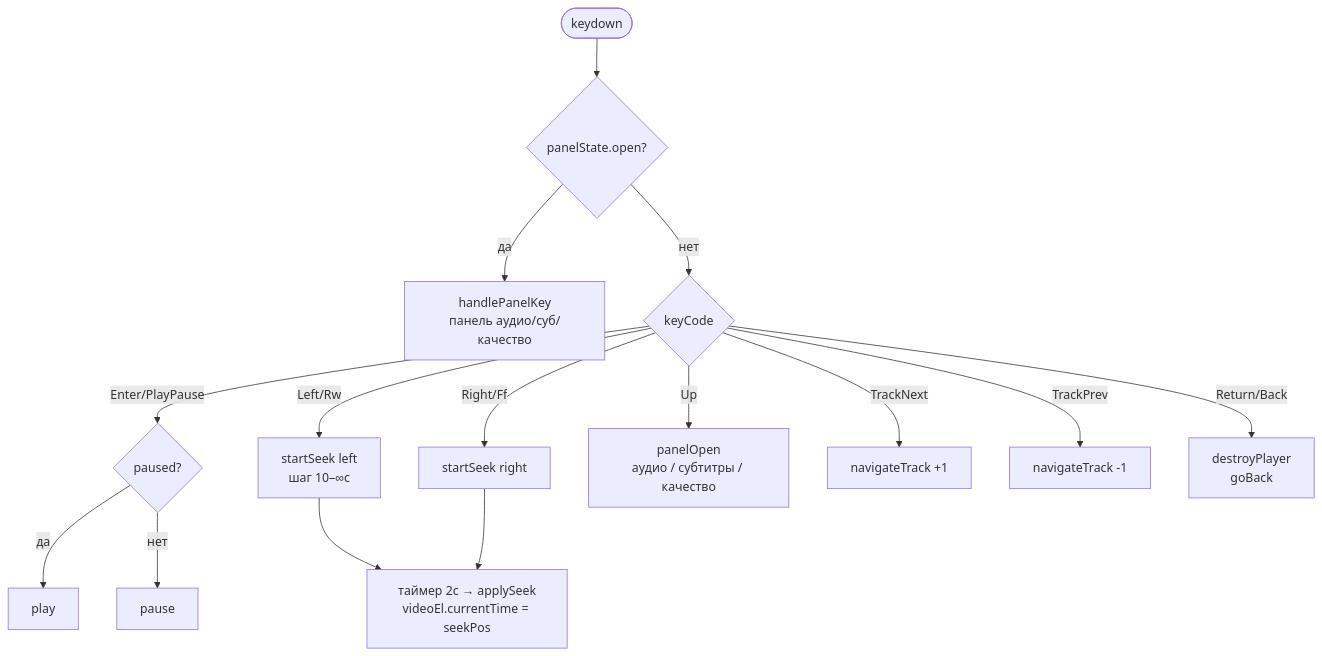
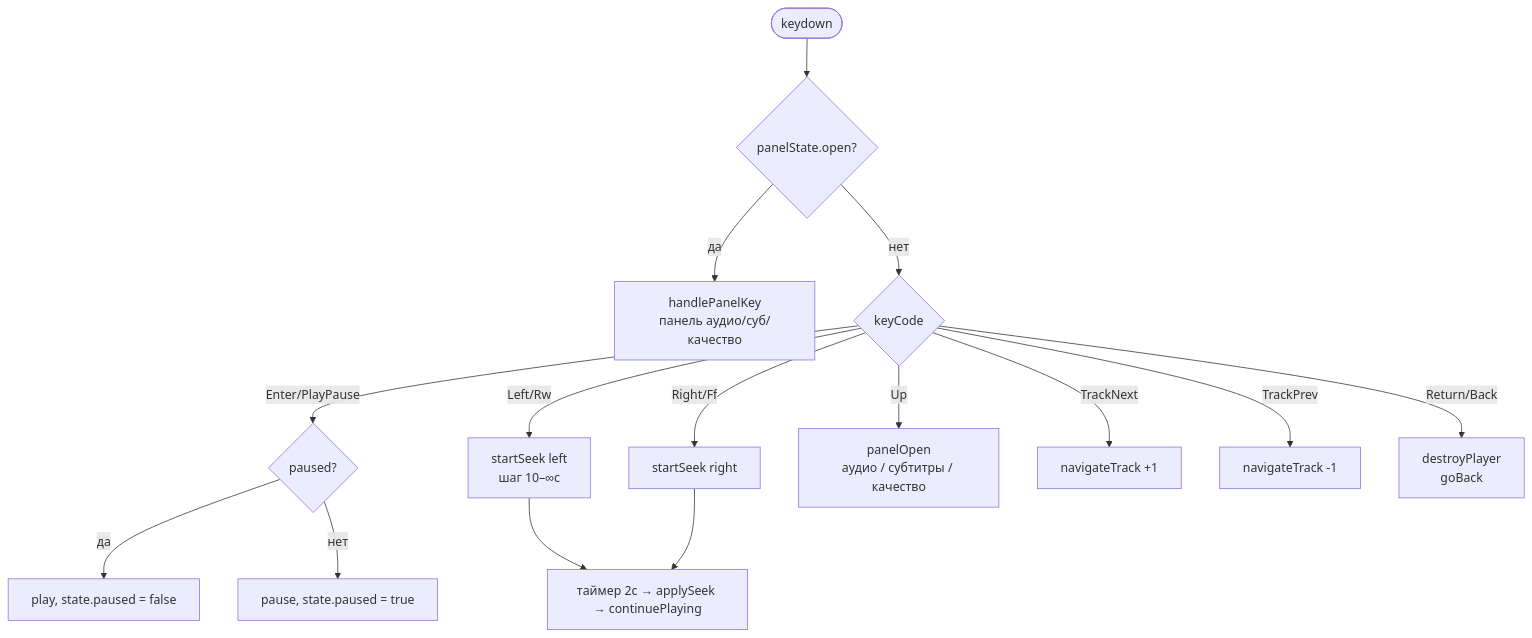
The seventh of 8 diagrams in doc/player-flow.md (stdray/yobapub), drawn with Mermaid before and after one commit. The commit also changed other lines of this file, not shown here.

Commit message:
docs: update player-flow.md for PlayState + continuePlaying architecture

````diff
--- a/doc/player-flow.md
+++ b/doc/player-flow.md
@@ -79,19 +127,19 @@
 ```mermaid
 flowchart TD
     A([keydown]) --> B{panelState.open?}
     B -- да --> C[handlePanelKey\nпанель аудио/суб/качество]
     B -- нет --> D{keyCode}
 
-    D -- Enter/PlayPause --> E{paused?}
-    E -- да --> F[play]
-    E -- нет --> G[pause]
+    D -- "Enter/PlayPause" --> E{paused?}
+    E -- да --> F["play, state.paused = false"]
+    E -- нет --> G["pause, state.paused = true"]
 
     D -- Left/Rw --> H[startSeek left\nшаг 10–∞с]
     D -- Right/Ff --> I[startSeek right]
-    H & I --> J[таймер 2с → applySeek\nvideoEl.currentTime = seekPos]
+    H & I --> J["таймер 2с → applySeek → continuePlaying"]
 
     D -- Up --> K[panelOpen\nаудио / субтитры / качество]
     D -- TrackNext --> L[navigateTrack +1]
     D -- TrackPrev --> M[navigateTrack -1]
     D -- Return/Back --> N[destroyPlayer\ngoBack]
 ```
````
